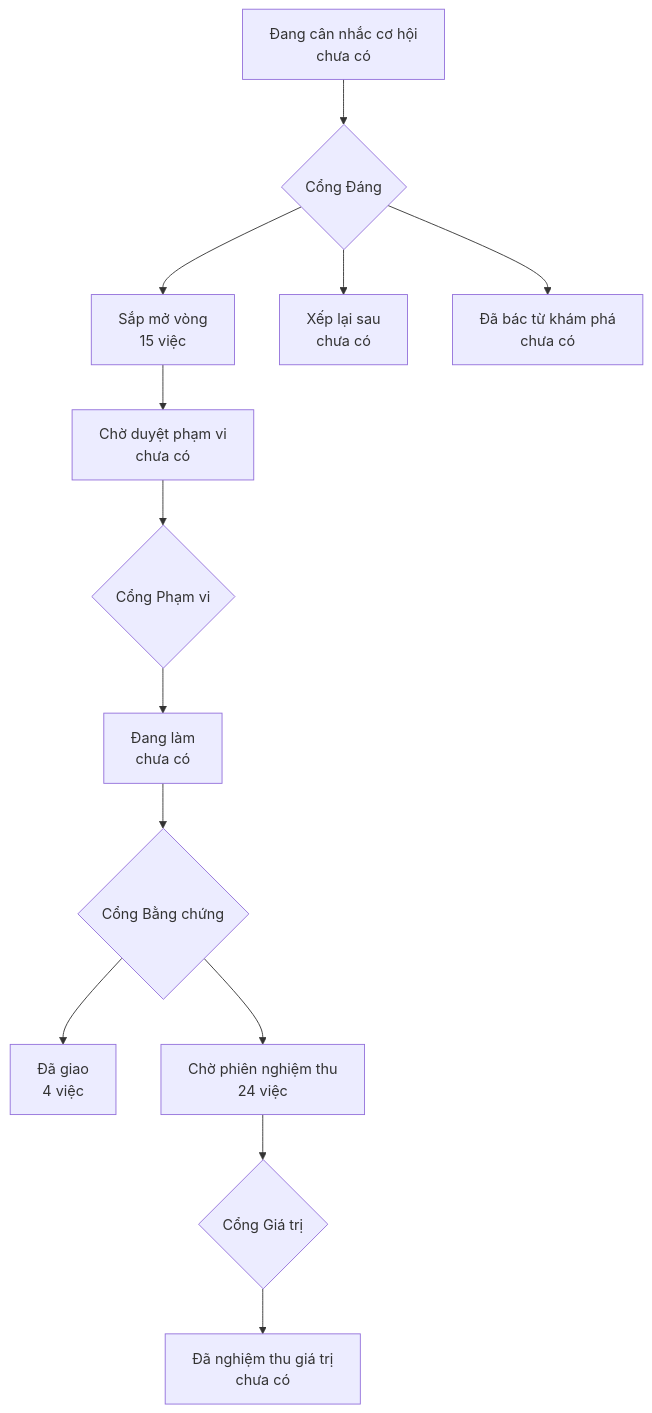
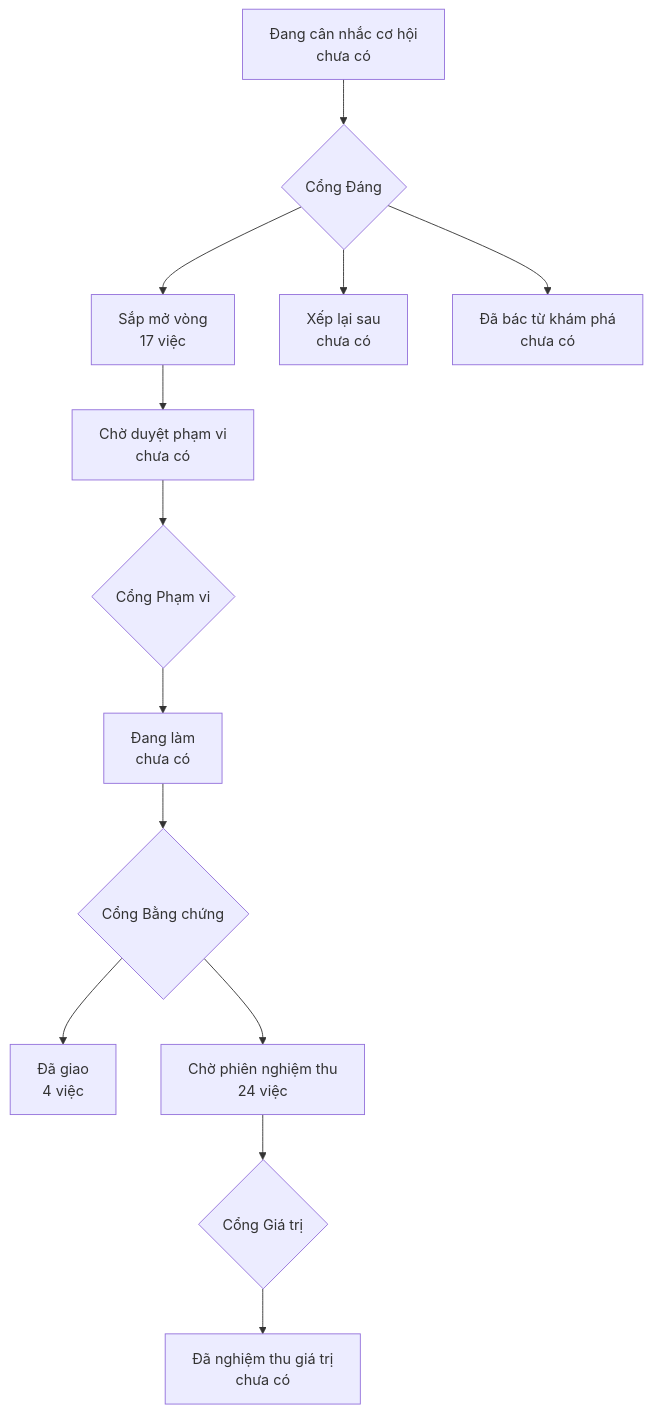
Before and after one commit to phanlemanh/onehub-quy-hang: the diagram in PRODUCT-MAP.md, drawn with Mermaid. The commit also changed other lines of this file and 5 other files, not shown here.

````diff
--- a/PRODUCT-MAP.md
+++ b/PRODUCT-MAP.md
@@ -7,12 +7,12 @@
 ```mermaid
 flowchart TD
   A["Đang cân nhắc cơ hội<br/>chưa có"] --> GD{"Cổng Đáng"}
-  GD --> B["Sắp mở vòng<br/>15 việc"]
+  GD --> B["Sắp mở vòng<br/>17 việc"]
   GD --> XL["Xếp lại sau<br/>chưa có"]
   GD --> DB["Đã bác từ khám phá<br/>chưa có"]
   B --> CD["Chờ duyệt phạm vi<br/>chưa có"] --> GP{"Cổng Phạm vi"}
   GP --> DL["Đang làm<br/>chưa có"] --> GB{"Cổng Bằng chứng"}
   GB --> DG["Đã giao<br/>4 việc"]
   GB --> CN["Chờ phiên nghiệm thu<br/>24 việc"] --> GG{"Cổng Giá trị"}
   GG --> NT["Đã nghiệm thu giá trị<br/>chưa có"]
 ```
````
